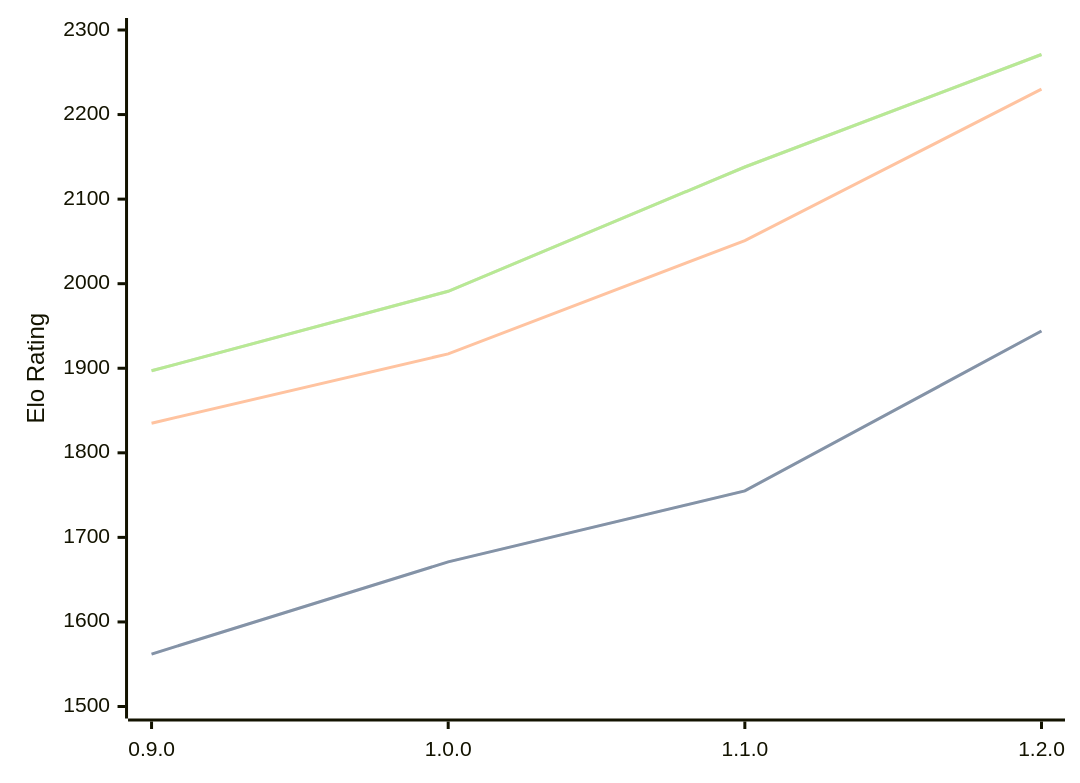
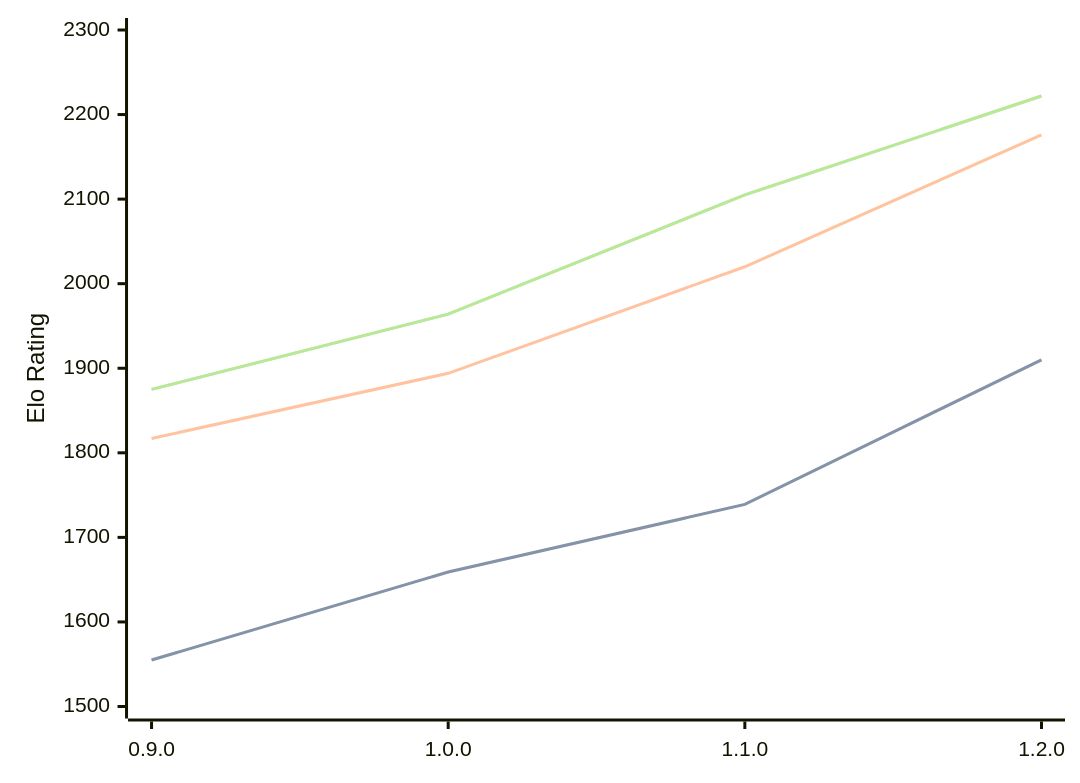
One commit to computer-chess-index/cci changed the diagram in engines/Ratsu.md. Above: the diagram before and after it, drawn with Mermaid. The commit also changed other lines of this file, not shown here.

Commit message:
Update CCI Ratings (ELO VLTC) - 2026-05-19

````diff
--- a/engines/Ratsu.md
+++ b/engines/Ratsu.md
@@ -34,11 +34,11 @@
 ```mermaid
 %%{init: {"theme":"base","themeVariables":{"seriesColors:['#a3a3a3','#222221','#faa371']}}}%%
 xychart-beta
   x-axis ["0.9.0", "1.0.0", "1.1.0", "1.2.0"]
   y-axis "Elo Rating" 1500 --> 2300
-  line "STC (8.0+0.08s)" [1562, 1671, 1755, 1944]
-  line "STC (8.0+0.08s)" [1562, 1671, 1755, 1944]
-  line "LTC (60.0+0.60s)" [1835, 1917, 2051, 2230]
-  line "VLTC (2m24s+1.12s)" [1897, 1991, 2138, 2271]
-  line "VLTC (2m24s+1.12s)" [1897, 1991, 2138, 2271]
+  line "STC (8.0+0.08s)" [1555, 1659, 1739, 1910]
+  line "STC (8.0+0.08s)" [1555, 1659, 1739, 1910]
+  line "LTC (60.0+0.60s)" [1817, 1894, 2020, 2176]
+  line "VLTC (2m24s+1.12s)" [1875, 1964, 2105, 2222]
+  line "VLTC (2m24s+1.12s)" [1875, 1964, 2105, 2222]
 ```
````
